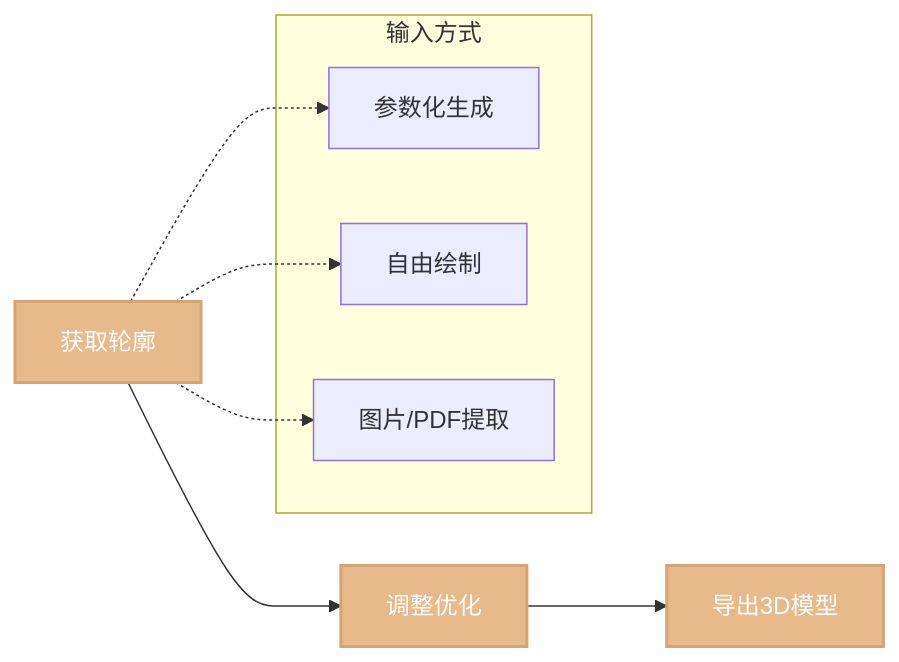
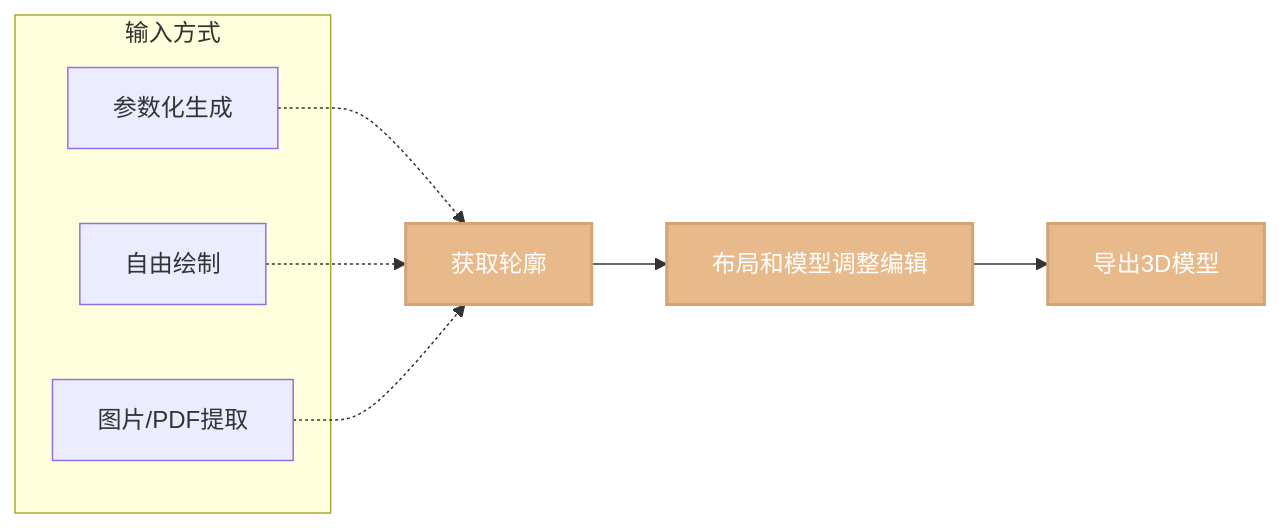
Before and after one commit to violet-summer/Markdown: the diagram in 3D/使用教程.md, drawn with Mermaid. The commit also changed other lines of this file and 30 other files, not shown here.

````diff
--- a/3D/使用教程.md
+++ b/3D/使用教程.md
@@ -12,19 +13,19 @@
 ```mermaid
 flowchart LR
-    A[获取轮廓] --> B[调整优化]
+    A[获取轮廓] --> B[布局和模型调整编辑]
     B --> C[导出3D模型]
 
     subgraph 输入方式
         D[参数化生成]
         E[自由绘制]
         F[图片/PDF提取]
     end
 
-    A -.-> D
-    A -.-> E
-    A -.-> F
+    D -.-> A
+    E -.-> A
+    F -.-> A
 
     style A fill:#e8b98a,stroke:#d4a574,stroke-width:2px,color:white
     style B fill:#e8b98a,stroke:#d4a574,stroke-width:2px,color:white
     style C fill:#e8b98a,stroke:#d4a574,stroke-width:2px,color:white
 ```
````
